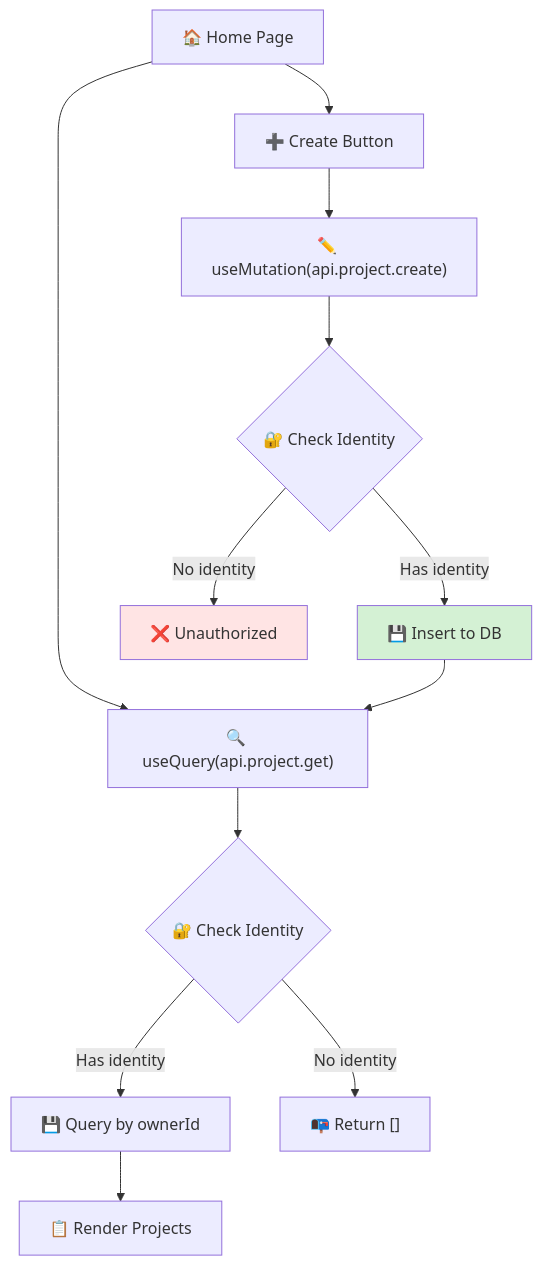
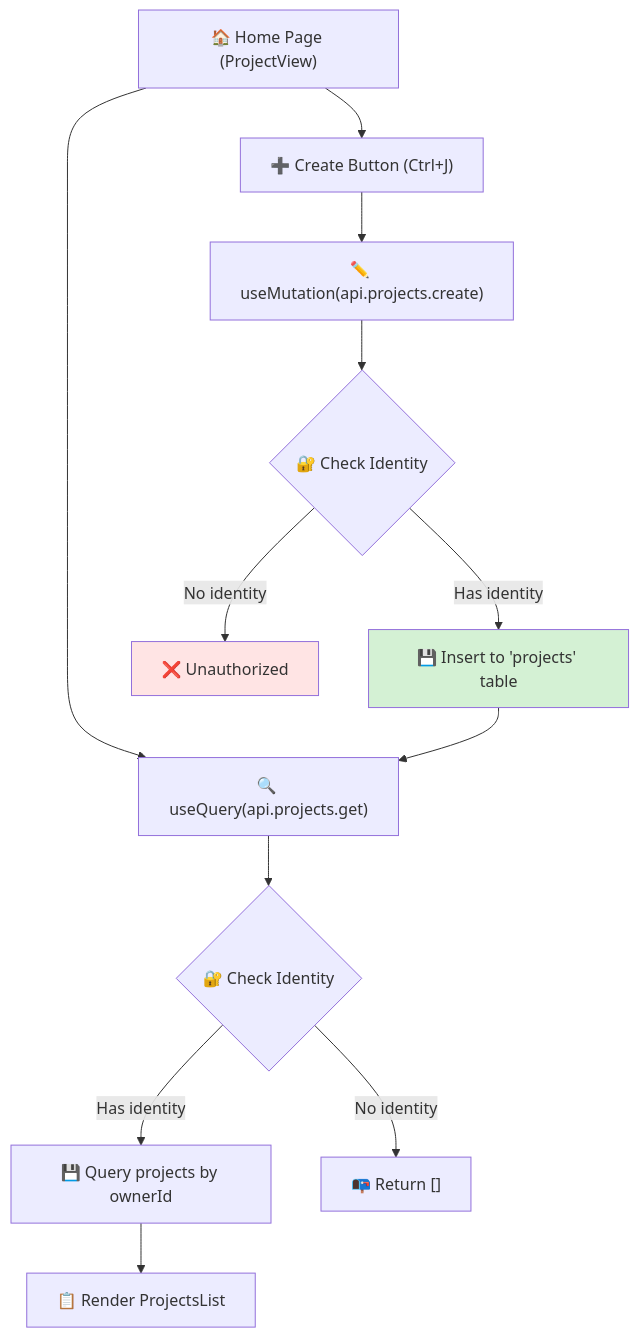
The third of 5 diagrams in docs/business-logic-mindmap.md (Code-with-Jok/v0-dev), drawn with Mermaid before and after one commit. The commit also changed other lines of this file and 22 other files, not shown here.

Commit message:
feat: Introduce projects feature with Convex schema, UI components, and documentation, removing sample data.

````diff
--- a/docs/business-logic-mindmap.md
+++ b/docs/business-logic-mindmap.md
@@ -115,27 +115,27 @@
 ```mermaid
 flowchart TD
-    HomePage["🏠 Home Page"]
+    HomePage["🏠 Home Page (ProjectView)"]
 
-    UseQuery["🔍 useQuery(api.project.get)"]
+    UseQuery["🔍 useQuery(api.projects.get)"]
     CheckAuth1{"🔐 Check Identity"}
-    QueryDB["💾 Query by ownerId"]
-    RenderList["📋 Render Projects"]
+    QueryDB["💾 Query projects by ownerId"]
+    RenderList["📋 Render ProjectsList"]
 
-    CreateBtn["➕ Create Button"]
-    UseMutation["✏️ useMutation(api.project.create)"]
+    CreateBtn["➕ Create Button (Ctrl+J)"]
+    UseMutation["✏️ useMutation(api.projects.create)"]
     CheckAuth2{"🔐 Check Identity"}
-    InsertDB["💾 Insert to DB"]
+    InsertDB["💾 Insert to 'projects' table"]
 
     HomePage --> UseQuery
     UseQuery --> CheckAuth1
     CheckAuth1 -->|No identity| ReturnEmpty["📭 Return []"]
     CheckAuth1 -->|Has identity| QueryDB --> RenderList
 
     HomePage --> CreateBtn --> UseMutation
     UseMutation --> CheckAuth2
     CheckAuth2 -->|No identity| Error["❌ Unauthorized"]
     CheckAuth2 -->|Has identity| InsertDB --> UseQuery
 
     style InsertDB fill:#d4f1d4
     style Error fill:#ffe4e4
 ```
````
